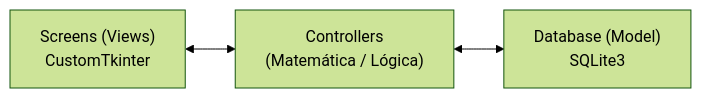
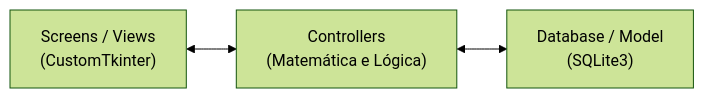
One commit to MatheusO-Machado/BatalhaMatematica changed the third of 3 diagrams in README.md. Above: the diagram before and after it, drawn with Mermaid (forest theme). The commit also changed other lines of this file and 33 other files, not shown here.

````diff
--- a/README.md
+++ b/README.md
@@ -104,5 +411,5 @@
 ```mermaid
 flowchart LR
-    UI["Screens (Views)\nCustomTkinter"] <--> CT["Controllers\n(Matemática / Lógica)"]
-    CT <--> DB["Database (Model)\nSQLite3"]
+    UI["Screens / Views<br/>(CustomTkinter)"] <--> CT["Controllers<br/>(Matemática e Lógica)"]
+    CT <--> DB["Database / Model<br/>(SQLite3)"]
 ```
````
